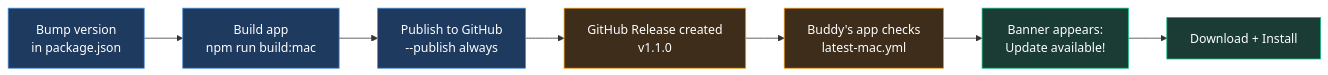
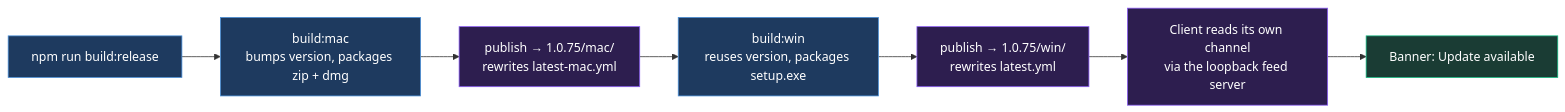
One commit to unosquare-eduardotorres/CodeAtelier changed the fourth of 4 diagrams in docs/auto-update-flow.md. Above: the diagram before and after it, drawn with Mermaid. The commit also changed other lines of this file and 16 other files, not shown here.

First line of the commit message:
release: v1.0.75 — fix macOS auto-update install, feed staleness report

````diff
--- a/docs/auto-update-flow.md
+++ b/docs/auto-update-flow.md
@@ -253,17 +262,17 @@
 ```mermaid
 flowchart LR
-    A["Bump version<br/>in package.json"] --> B["Build app<br/>npm run build:mac"]
-    B --> C["Publish to GitHub<br/>--publish always"]
-    C --> D["GitHub Release created<br/>v1.1.0"]
-    D --> E["Buddy's app checks<br/>latest-mac.yml"]
-    E --> F["Banner appears:<br/>Update available!"]
-    F --> G["Download + Install"]
+    A["npm run build:release"] --> B["build:mac<br/>bumps version, packages zip + dmg"]
+    B --> C["publish → 1.0.75/mac/<br/>rewrites latest-mac.yml"]
+    C --> D["build:win<br/>reuses version, packages setup.exe"]
+    D --> E["publish → 1.0.75/win/<br/>rewrites latest.yml"]
+    E --> F["Client reads its own channel<br/>via the loopback feed server"]
+    F --> G["Banner: Update available"]
 
     classDef step fill:#1e3a5f,stroke:#4a90d9,color:#ffffff
-    classDef github fill:#3d2d1a,stroke:#f59e0b,color:#ffffff
+    classDef feed fill:#2d1e4f,stroke:#8b5cf6,color:#ffffff
     classDef user fill:#1a3c34,stroke:#10b981,color:#ffffff
 
-    class A,B,C step
-    class D,E github
-    class F,G user
+    class A,B,D step
+    class C,E,F feed
+    class G user
 ```
````
